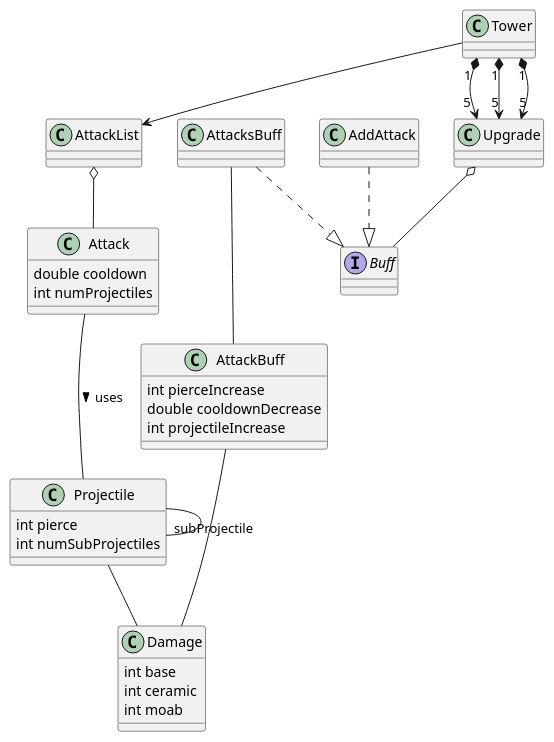
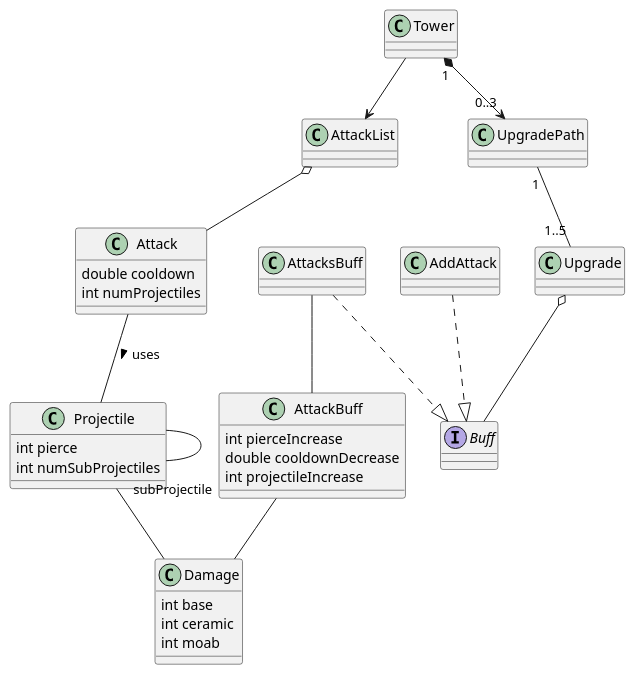
Before and after one commit to Smanmos/btd6-helper: the diagram in docs/btd6classdiagram.puml, drawn with PlantUML.

Commit message:
Add UpgradePath

```diff
--- a/docs/btd6classdiagram.puml
+++ b/docs/btd6classdiagram.puml
@@ -1,31 +1,31 @@
 @startuml
 interface Buff
 
 Damage : int base
 Damage : int ceramic
 Damage : int moab
 
 Projectile : int pierce
 Projectile : int numSubProjectiles
 Projectile -- Damage 
 Projectile -- "subProjectile" Projectile
 
 Attack : double cooldown
 Attack : int numProjectiles
 Attack -- Projectile : > uses
 
 AttackBuff : int pierceIncrease
 AttackBuff : double cooldownDecrease
 AttackBuff : int projectileIncrease
 AttackBuff -- Damage
 
+UpgradePath "1" -- "1..5" Upgrade
+
 Upgrade o-- Buff
 AttacksBuff ..|> Buff
 AttacksBuff -- AttackBuff
 AddAttack ..|> Buff
 AttackList o-- Attack
-Tower "1" *--> "5" Upgrade
-Tower "1" *--> "5" Upgrade
-Tower "1" *--> "5" Upgrade
+Tower "1" *--> "0..3" UpgradePath
 Tower --> AttackList
 @enduml
```
